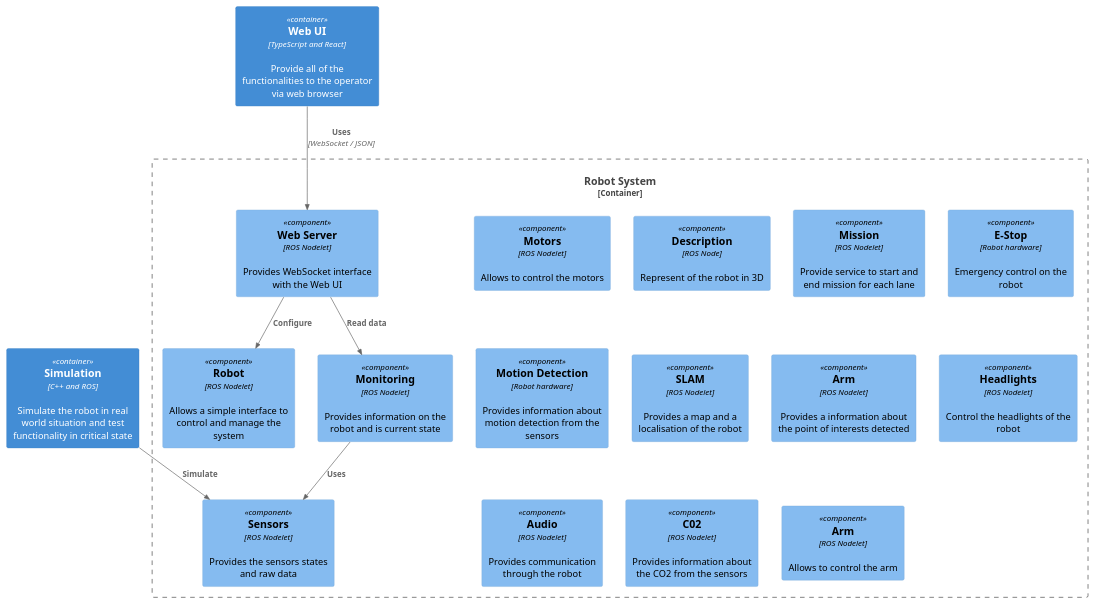
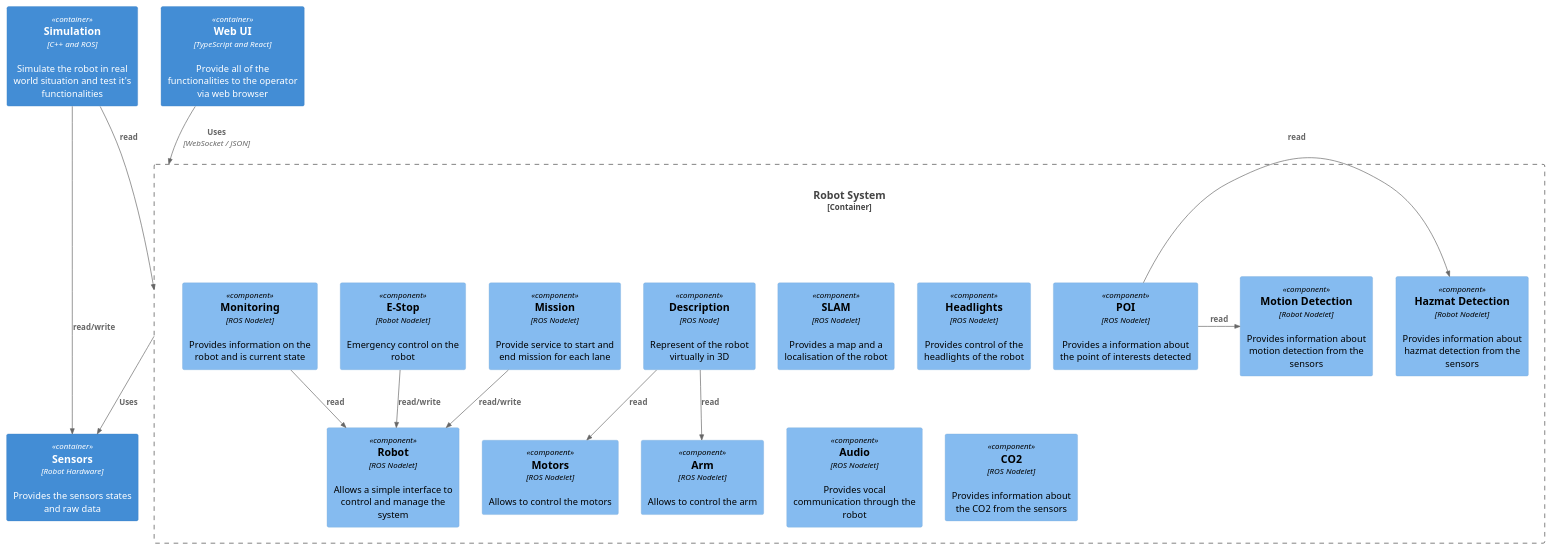
One commit to clubcapra/capra_conception changed the diagram in markhor/src/RobotContainer.puml. Above: the diagram before and after it, drawn with PlantUML. The commit also changed 4 other files, not shown here.

First line of the commit message:
Updated the diagrams and added png file of them

```diff
--- a/markhor/src/RobotContainer.puml
+++ b/markhor/src/RobotContainer.puml
@@ -1,36 +1,44 @@
 @startuml
 !includeurl https://raw.githubusercontent.com/RicardoNiepel/C4-PlantUML/master/C4_Container.puml
 !includeurl https://raw.githubusercontent.com/RicardoNiepel/C4-PlantUML/master/C4_Component.puml
+!includeurl https://raw.githubusercontent.com/RicardoNiepel/C4-PlantUML/master/C4.puml
 
 Container(webUiContainer, "Web UI", "TypeScript and React", "Provide all of the functionalities to the operator via web browser")
-Container(simulationContainer, "Simulation", "C++ and ROS", "Simulate the robot in real world situation and test functionality in critical state")
+Container(simulationContainer, "Simulation", "C++ and ROS", "Simulate the robot in real world situation and test it's functionalities")
 Container_Boundary(robotContainer, "Robot System"){
     Component(motorComposant, "Motors", "ROS Nodelet", "Allows to control the motors")
-    Component(descriptionComposant, "Description", "ROS Node", "Represent of the robot in 3D")
+    Component(descriptionComposant, "Description", "ROS Node", "Represent of the robot virtually in 3D")
     Component(missionComposant, "Mission", "ROS Nodelet", "Provide service to start and end mission for each lane")
-    Component(estopComposant, "E-Stop", "Robot hardware", "Emergency control on the robot")
-    Component(motionDetectionComposant, "Motion Detection", "Robot hardware", "Provides information about motion detection from the sensors")
-    Component(SLAMDComposant, "SLAM", "ROS Nodelet", "Provides a map and a localisation of the robot")
-    Component(POIComposant, "Arm", "ROS Nodelet", "Provides a information about the point of interests detected")
-    Component(headlightsComposant, "Headlights", "ROS Nodelet", "Control the headlights of the robot")
-    Component(audioComposant, "Audio", "ROS Nodelet", "Provides communication through the robot")
-    Component(C02Composant, "C02", "ROS Nodelet", "Provides information about the CO2 from the sensors")
+    Component(estopComposant, "E-Stop", "Robot Nodelet", "Emergency control on the robot")
+    Component(motionDetectionComposant, "Motion Detection", "Robot Nodelet", "Provides information about motion detection from the sensors")
+    Component(hazmatDetectionComposant, "Hazmat Detection", "Robot Nodelet", "Provides information about hazmat detection from the sensors")
+    Component(SLAMComposant, "SLAM", "ROS Nodelet", "Provides a map and a localisation of the robot")
+    Component(POIComposant, "POI", "ROS Nodelet", "Provides a information about the point of interests detected")
+    Component(headlightsComposant, "Headlights", "ROS Nodelet", "Provides control of the headlights of the robot")
+    Component(audioComposant, "Audio", "ROS Nodelet", "Provides vocal communication through the robot")
+    Component(CO2Composant, "CO2", "ROS Nodelet", "Provides information about the CO2 from the sensors")
     Component(armComposant, "Arm", "ROS Nodelet", "Allows to control the arm")
-    Component(sensorsComposant, "Sensors", "ROS Nodelet", "Provides the sensors states and raw data")
     Component(robotComposant, "Robot", "ROS Nodelet", "Allows a simple interface to control and manage the system")
     Component(monitoringComposant, "Monitoring", "ROS Nodelet", "Provides information on the robot and is current state")
-    Component(webServerComposant, "Web Server", "ROS Nodelet", "Provides WebSocket interface with the Web UI")
 }
+Container(sensorContainer, "Sensors", "Robot Hardware", "Provides the sensors states and raw data")
 
+Rel_D(webUiContainer, robotContainer, "Uses", "WebSocket / JSON")
 
+Rel_D(descriptionComposant,motorComposant,"read")
+Rel_D(descriptionComposant,armComposant,"read")
 
-Rel(webUiContainer, webServerComposant, "Uses", "WebSocket / JSON")
+Rel_D(missionComposant,robotComposant,"read/write")
 
-Rel(webServerComposant, robotComposant, "Configure")
-Rel(webServerComposant, monitoringComposant, "Read data")
+Rel_D(monitoringComposant,robotComposant,"read")
 
-Rel(simulationContainer, sensorsComposant, "Simulate")
+Rel_D(estopComposant,robotComposant,"read/write")
 
-Rel(monitoringComposant, sensorsComposant, "Uses")
+Rel_Neighbor(POIComposant,hazmatDetectionComposant,"read")
+Rel_Neighbor(POIComposant,motionDetectionComposant,"read")
 
+Rel_D(simulationContainer, sensorContainer, "read/write")
+Rel_D(simulationContainer, robotContainer, "read")
+
+Rel_D(robotContainer,sensorContainer,"Uses")
 @enduml
```
